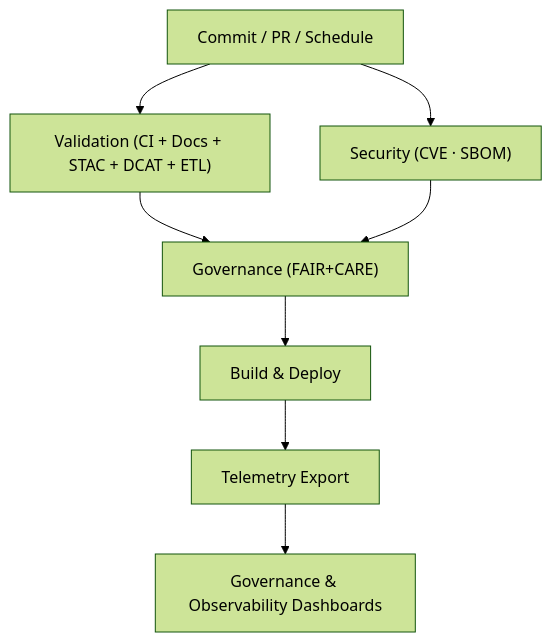
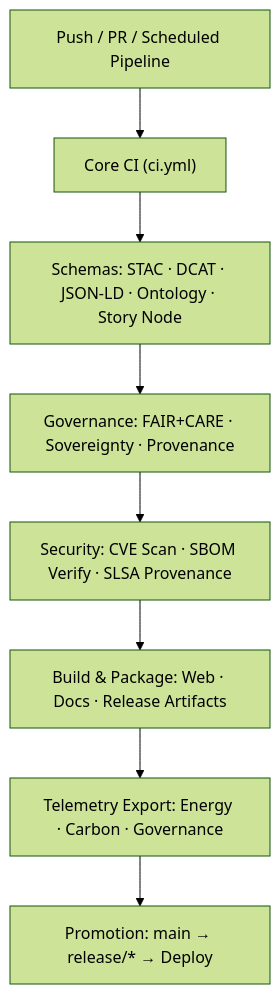
One commit to bartytime4life/Kansas-Frontier-Matrix changed the diagram in .github/workflows/README.md. Above: the diagram before and after it, drawn with Mermaid (forest theme). The commit also changed other lines of this file, not shown here.

````diff
--- a/.github/workflows/README.md
+++ b/.github/workflows/README.md
@@ -164,10 +142,10 @@
 ```mermaid
-flowchart TD
-  A["Commit / PR / Schedule"] --> B["Validation (CI + Docs + STAC + DCAT + ETL)"]
-  A --> C["Security (CVE · SBOM)"]
-  B --> D["Governance (FAIR+CARE)"]
-  C --> D
-  D --> E["Build & Deploy"]
-  E --> F["Telemetry Export"]
-  F --> G["Governance & Observability Dashboards"]
+flowchart TB
+    A["Push / PR / Scheduled Pipeline"] --> B["Core CI (ci.yml)"]
+    B --> C["Schemas: STAC · DCAT · JSON-LD · Ontology · Story Node"]
+    C --> D["Governance: FAIR+CARE · Sovereignty · Provenance"]
+    D --> E["Security: CVE Scan · SBOM Verify · SLSA Provenance"]
+    E --> F["Build & Package: Web · Docs · Release Artifacts"]
+    F --> G["Telemetry Export: Energy · Carbon · Governance"]
+    G --> H["Promotion: main → release/* → Deploy"]
 ```
````
